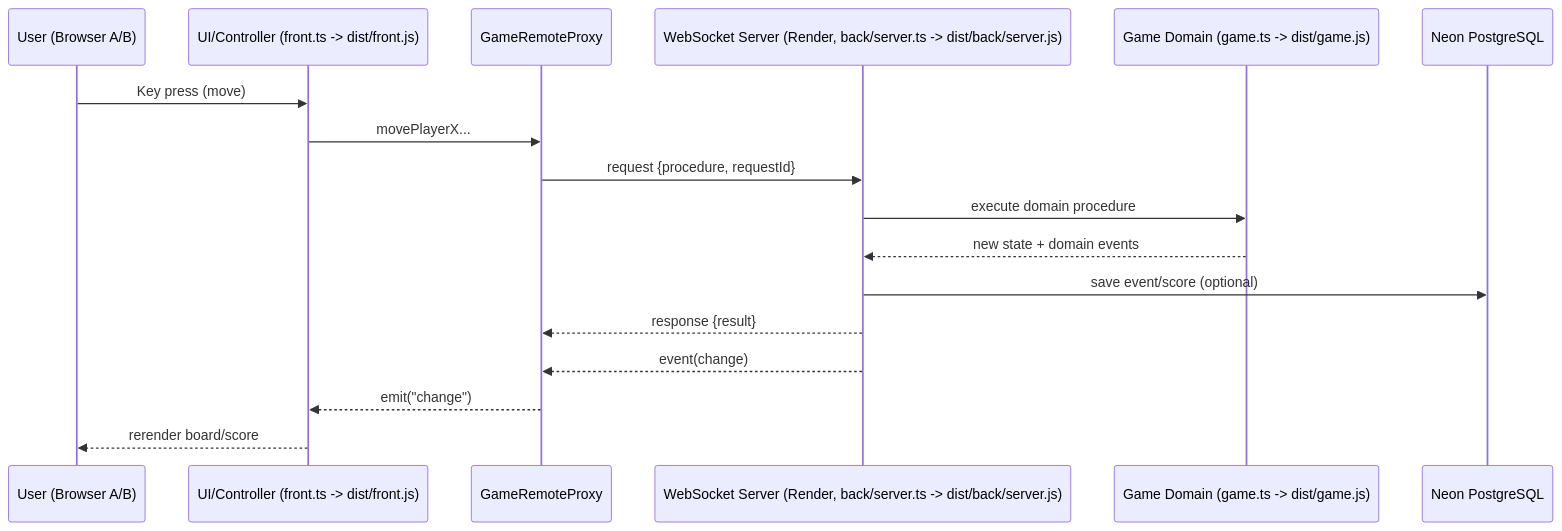
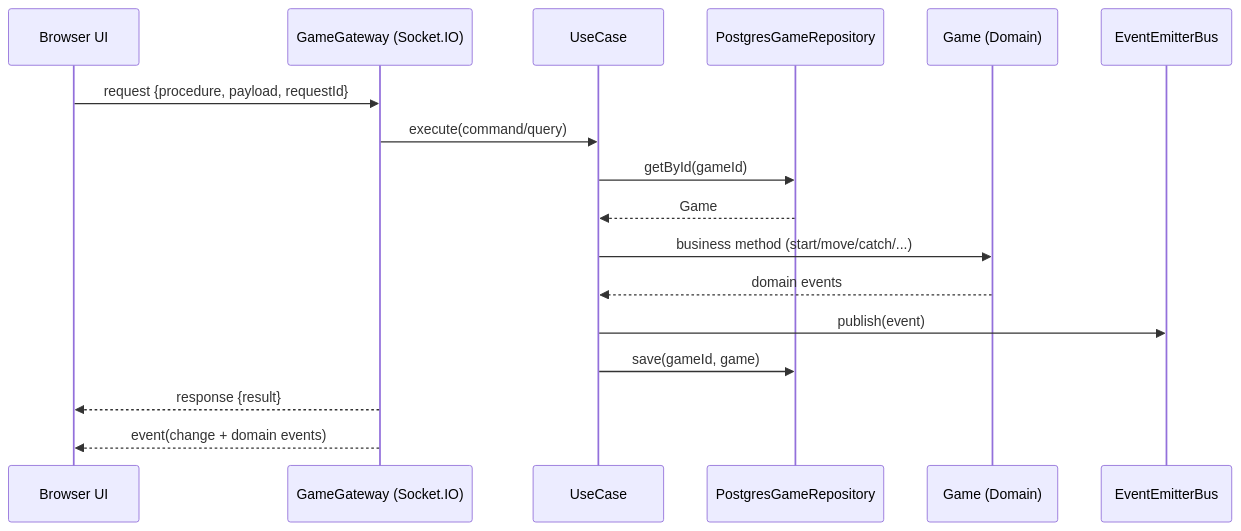
One commit to Alexander0Yusov/catch-the-google changed the first of 3 diagrams in README.en.md. Above: the diagram before and after it, drawn with Mermaid. The commit also changed other lines of this file, not shown here.

````diff
--- a/README.en.md
+++ b/README.en.md
@@ -75,20 +56,20 @@
 ```mermaid
 sequenceDiagram
-  participant U as User (Browser A/B)
-  participant UI as UI/Controller (front.ts -> dist/front.js)
-  participant RP as GameRemoteProxy
-  participant WS as WebSocket Server (Render, back/server.ts -> dist/back/server.js)
-  participant D as Game Domain (game.ts -> dist/game.js)
-  participant DB as Neon PostgreSQL
+  participant UI as Browser UI
+  participant GW as GameGateway (Socket.IO)
+  participant UC as UseCase
+  participant REPO as PostgresGameRepository
+  participant DOM as Game (Domain)
+  participant BUS as EventEmitterBus
 
-  U->>UI: Key press (move)
-  UI->>RP: movePlayerX...
-  RP->>WS: request {procedure, requestId}
-  WS->>D: execute domain procedure
-  D-->>WS: new state + domain events
-  WS->>DB: save event/score (optional)
-  WS-->>RP: response {result}
-  WS-->>RP: event(change)
-  RP-->>UI: emit("change")
-  UI-->>U: rerender board/score
+  UI->>GW: request {procedure, payload, requestId}
+  GW->>UC: execute(command/query)
+  UC->>REPO: getById(gameId)
+  REPO-->>UC: Game
+  UC->>DOM: business method (start/move/catch/...)
+  DOM-->>UC: domain events
+  UC->>BUS: publish(event)
+  UC->>REPO: save(gameId, game)
+  GW-->>UI: response {result}
+  GW-->>UI: event(change + domain events)
 ```
````
